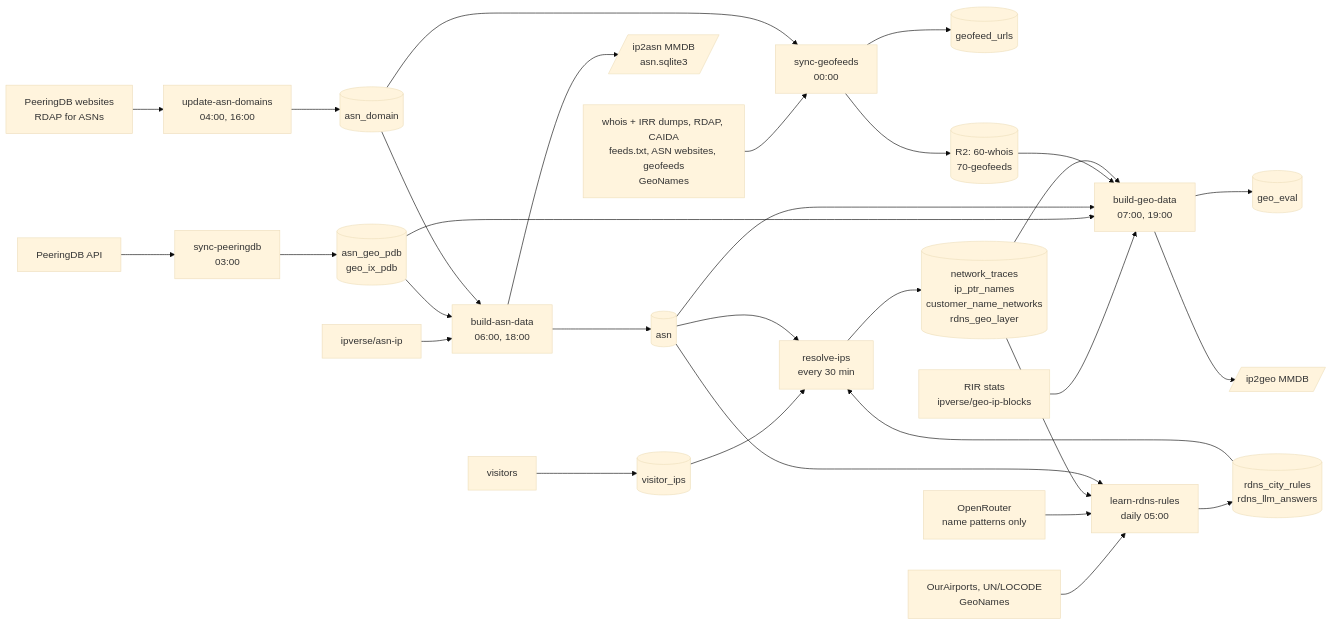
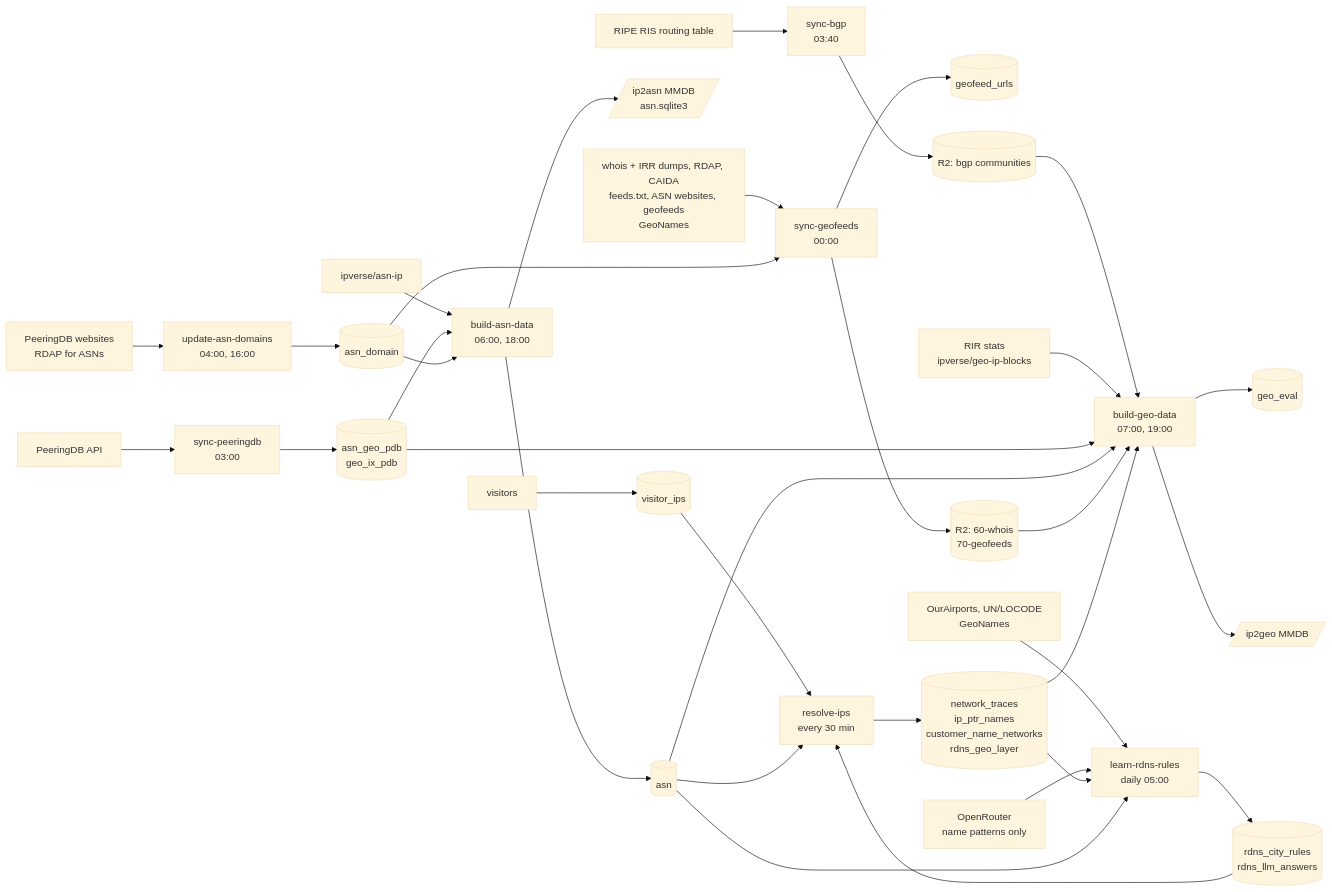
One commit to shingrus/openipdata.org changed the diagram in docs/pipeline.md. Above: the diagram before and after it, drawn with Mermaid (base theme). The commit also changed other lines of this file and 15 other files, not shown here.

Commit message:
bgp: sync-bgp workflow and layer 25-bgp, cities from BGP community values

````diff
--- a/docs/pipeline.md
+++ b/docs/pipeline.md
@@ -9,33 +9,36 @@
 ```mermaid
 flowchart LR
   pdbapi[PeeringDB API] --> pdb[sync-peeringdb<br/>03:00]
   pdb --> t_pdb[(asn_geo_pdb<br/>geo_ix_pdb)]
   rdapasn[PeeringDB websites<br/>RDAP for ASNs] --> dom[update-asn-domains<br/>04:00, 16:00]
   dom --> t_dom[(asn_domain)]
   asnip[ipverse/asn-ip] --> asn[build-asn-data<br/>06:00, 18:00]
   t_pdb --> asn
   t_dom --> asn
   asn --> t_asn[(asn)]
   asn --> pub_asn[/ip2asn MMDB<br/>asn.sqlite3/]
   whois[whois + IRR dumps, RDAP, CAIDA<br/>feeds.txt, ASN websites, geofeeds<br/>GeoNames] --> gf[sync-geofeeds<br/>00:00]
   t_dom --> gf
   gf --> t_gf[(geofeed_urls)]
   gf --> r2[(R2: 60-whois<br/>70-geofeeds)]
+  ris[RIPE RIS routing table] --> bgp[sync-bgp<br/>03:40]
+  bgp --> r2bgp[(R2: bgp communities)]
+  r2bgp --> geo
   rir[RIR stats<br/>ipverse/geo-ip-blocks] --> geo[build-geo-data<br/>07:00, 19:00]
   t_pdb --> geo
   t_asn --> geo
   r2 --> geo
   geo --> t_eval[(geo_eval)]
   geo --> pub_geo[/ip2geo MMDB/]
   visitors[visitors] --> t_vis[(visitor_ips)]
   t_vis --> rd[resolve-ips<br/>every 30 min]
   t_asn --> rd
   rd --> t_rd[(network_traces<br/>ip_ptr_names<br/>customer_name_networks<br/>rdns_geo_layer)]
   t_rd --> geo
   places[OurAirports, UN/LOCODE<br/>GeoNames] --> learn[learn-rdns-rules<br/>daily 05:00]
   llm[OpenRouter<br/>name patterns only] --> learn
   t_rd --> learn
   t_asn --> learn
   learn --> t_rules[(rdns_city_rules<br/>rdns_llm_answers)]
   t_rules --> rd
 ```
````
